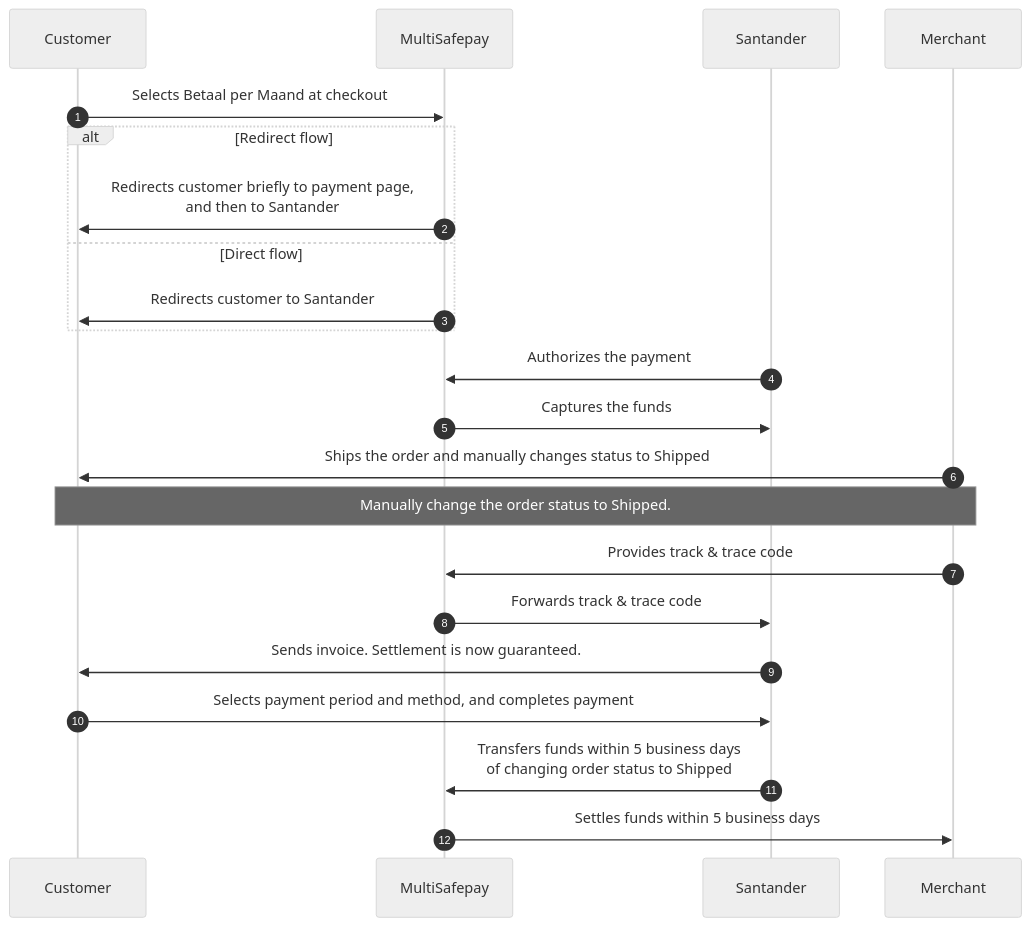
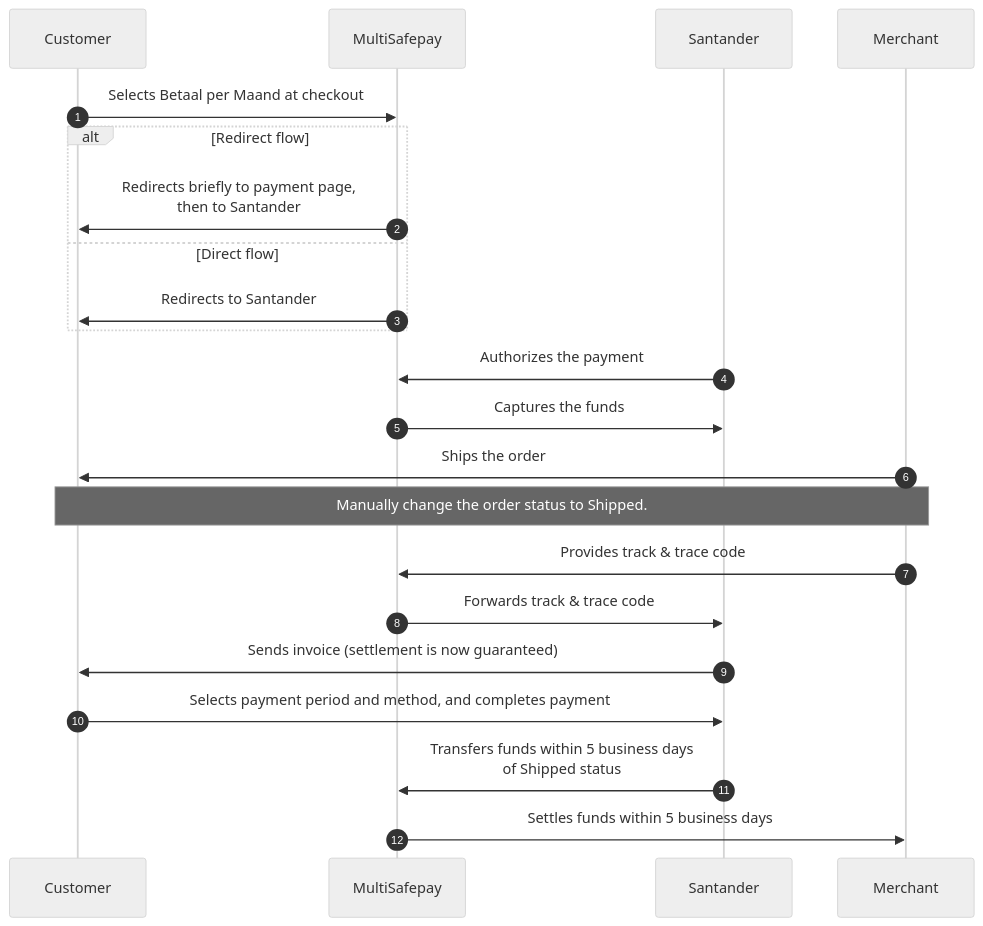
Before and after one commit to MultiSafepay/docs: the diagram in content/payments/methods/pay-later/betaalpermaand/payment-flow.md, drawn with Mermaid (neutral theme). The commit also changed other lines of this file and 35 other files, not shown here.

```diff
--- a/content/payments/methods/pay-later/betaalpermaand/payment-flow.md
+++ b/content/payments/methods/pay-later/betaalpermaand/payment-flow.md
@@ -15,27 +15,27 @@
 {{< mermaid class="text-center" >}}
 
 sequenceDiagram
     autonumber
     participant C as Customer
     participant Mu as MultiSafepay
     participant S as Santander
     participant Me as Merchant
 
     C->>Mu: Selects Betaal per Maand at checkout
     alt Redirect flow
-    Mu->>C: Redirects customer briefly to payment page, <br> and then to Santander
+    Mu->>C: Redirects briefly to payment page, <br> then to Santander
     else Direct flow
-    Mu->>C: Redirects customer to Santander
+    Mu->>C: Redirects to Santander
     end
     S->>Mu: Authorizes the payment
     Mu->>S: Captures the funds
-    Me->>C: Ships the order and manually changes status to Shipped
+    Me->>C: Ships the order
     Note over Me,C: Manually change the order status to Shipped. 
     Me->>Mu: Provides track & trace code
     Mu->>S: Forwards track & trace code 
-    S->>C: Sends invoice. Settlement is now guaranteed.
+    S->>C: Sends invoice (settlement is now guaranteed)
     C->>S: Selects payment period and method, and completes payment 
-    S->>Mu: Transfers funds within 5 business days <br> of changing order status to Shipped
+    S->>Mu: Transfers funds within 5 business days <br> of Shipped status
     Mu->>Me: Settles funds within 5 business days
 
 {{< /mermaid >}}
```
